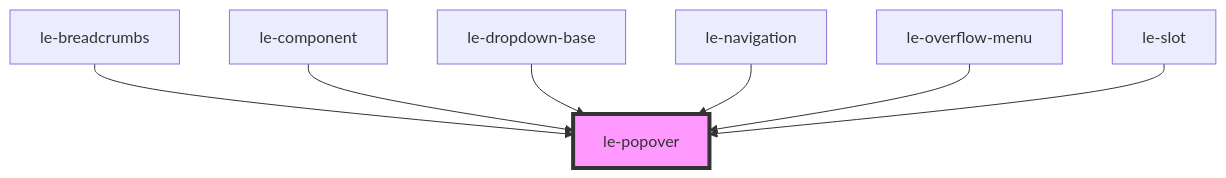
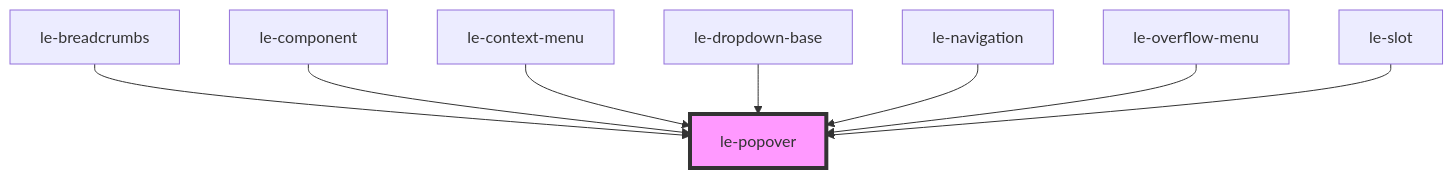
One commit to leechy/le-kit changed the diagram in packages/core/src/components/le-popover/readme.md. Above: the diagram before and after it, drawn with Mermaid. The commit also changed other lines of this file and 10 other files, not shown here.

````diff
--- a/packages/core/src/components/le-popover/readme.md
+++ b/packages/core/src/components/le-popover/readme.md
@@ -113,10 +114,11 @@
 ```mermaid
 graph TD;
   le-breadcrumbs --> le-popover
   le-component --> le-popover
+  le-context-menu --> le-popover
   le-dropdown-base --> le-popover
   le-navigation --> le-popover
   le-overflow-menu --> le-popover
   le-slot --> le-popover
   style le-popover fill:#f9f,stroke:#333,stroke-width:4px
 ```
````
